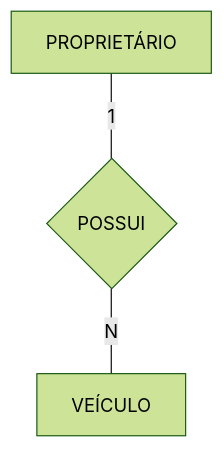
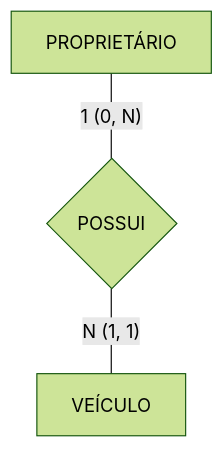
One commit to leorruas/puc changed diagram 12 of 14 in 02. Modelagem de Dados/06. Modelagem de relacionamentos, cardinalidade e restrições de participação.md. Above: the diagram before and after it, drawn with Mermaid (forest theme). The commit also changed other lines of this file, not shown here.

````diff
--- a/02. Modelagem de Dados/06. Modelagem de relacionamentos, cardinalidade e restrições de participação.md
+++ b/02. Modelagem de Dados/06. Modelagem de relacionamentos, cardinalidade e restrições de participação.md
@@ -179,5 +216,5 @@
 ```mermaid
 flowchart TD
-    Prop2["PROPRIETÁRIO"] ---|"1"| RelProp2{"POSSUI"}
-    RelProp2 ---|"N"| Veic2["VEÍCULO"]
+    Prop2["PROPRIETÁRIO"] ---|"1 (0, N)"| RelProp2{"POSSUI"}
+    RelProp2 ---|"N (1, 1)"| Veic2["VEÍCULO"]
 ```
````
